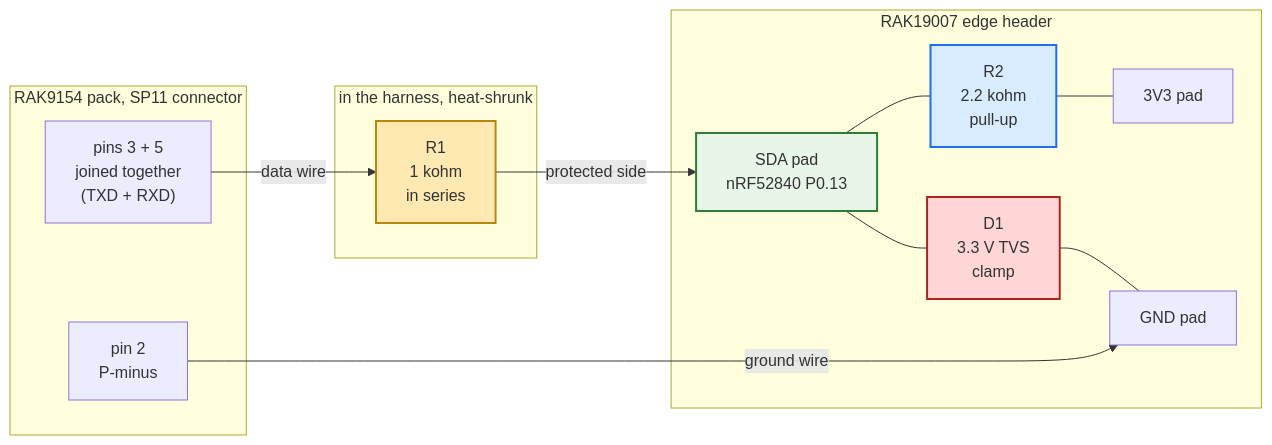
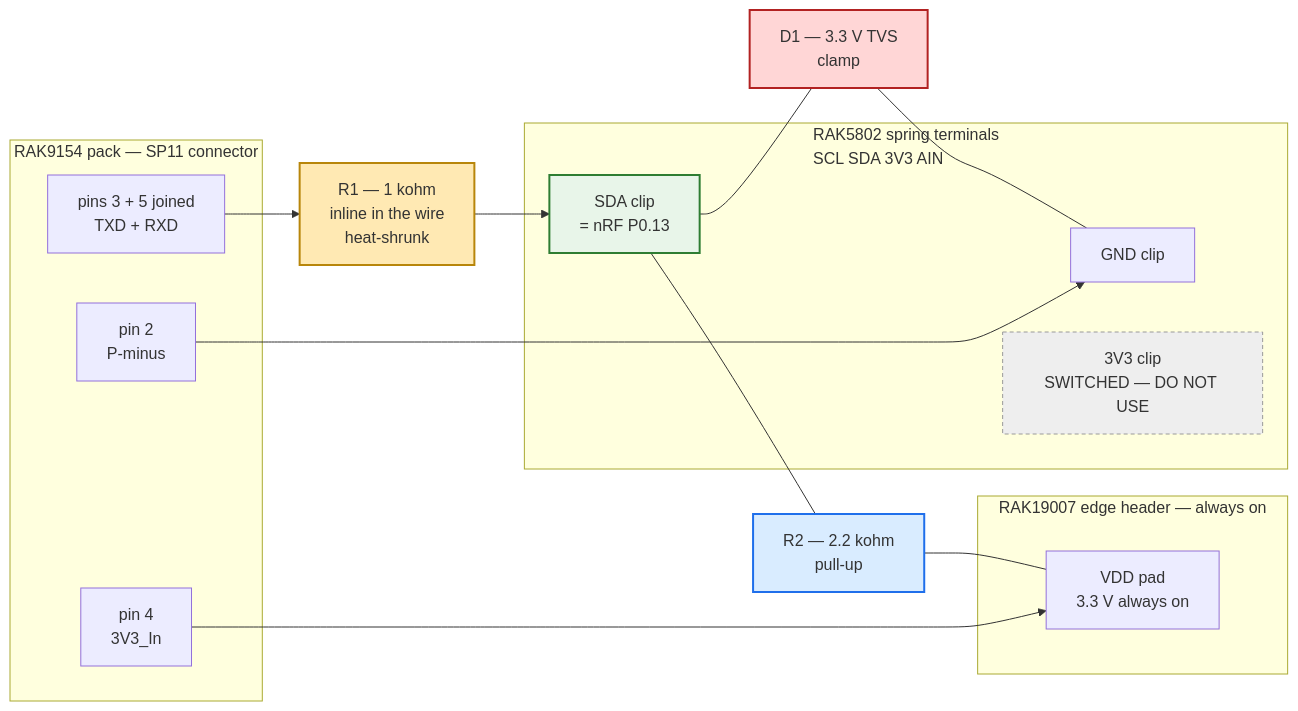
Before and after one commit to disruptivepatternmaterial/rak-sensor-node-but-better: the diagram in docs/HARDWARE.md, drawn with Mermaid. The commit also changed other lines of this file and 1 other file, not shown here.

````diff
--- a/docs/HARDWARE.md
+++ b/docs/HARDWARE.md
@@ -196,32 +217,38 @@
 ```mermaid
 flowchart LR
-    subgraph PACK["RAK9154 pack, SP11 connector"]
-        P35["pins 3 + 5<br/>joined together<br/>(TXD + RXD)"]
+    subgraph PACK["RAK9154 pack — SP11 connector"]
+        P35["pins 3 + 5 joined<br/>TXD + RXD"]
         P2["pin 2<br/>P-minus"]
+        P4["pin 4<br/>3V3_In"]
     end
 
-    subgraph HARNESS["in the harness, heat-shrunk"]
-        R1["R1<br/>1 kohm<br/>in series"]
+    R1["R1 — 1 kohm<br/>inline in the wire<br/>heat-shrunk"]
+
+    subgraph T["RAK5802 spring terminals<br/>SCL SDA 3V3 AIN"]
+        TSDA["SDA clip<br/>= nRF P0.13"]
+        TGND["GND clip"]
+        T3V3["3V3 clip<br/>SWITCHED — DO NOT USE"]
     end
 
-    subgraph BOARD["RAK19007 edge header"]
-        SDA["SDA pad<br/>nRF52840 P0.13"]
-        V3["3V3 pad"]
-        GNDPAD["GND pad"]
-        R2["R2<br/>2.2 kohm<br/>pull-up"]
-        D1["D1<br/>3.3 V TVS<br/>clamp"]
+    subgraph H["RAK19007 edge header — always on"]
+        HVDD["VDD pad<br/>3.3 V always on"]
     end
 
-    P35 -->|data wire| R1
-    R1 -->|"protected side"| SDA
-    SDA --- R2
-    R2 --- V3
-    SDA --- D1
-    D1 --- GNDPAD
-    P2 -->|ground wire| GNDPAD
+    D1["D1 — 3.3 V TVS<br/>clamp"]
+    R2["R2 — 2.2 kohm<br/>pull-up"]
+
+    P35 --> R1
+    R1 --> TSDA
+    TSDA --- D1
+    D1 --- TGND
+    TSDA --- R2
+    R2 --- HVDD
+    P2 --> TGND
+    P4 --> HVDD
 
     style R1 fill:#ffe9b3,stroke:#b8860b,stroke-width:2px
     style D1 fill:#ffd6d6,stroke:#b22222,stroke-width:2px
     style R2 fill:#d9ecff,stroke:#1f6feb,stroke-width:2px
-    style SDA fill:#e8f5e9,stroke:#2e7d32,stroke-width:2px
+    style TSDA fill:#e8f5e9,stroke:#2e7d32,stroke-width:2px
+    style T3V3 fill:#eeeeee,stroke:#999999,stroke-dasharray: 4 3
 ```
````
